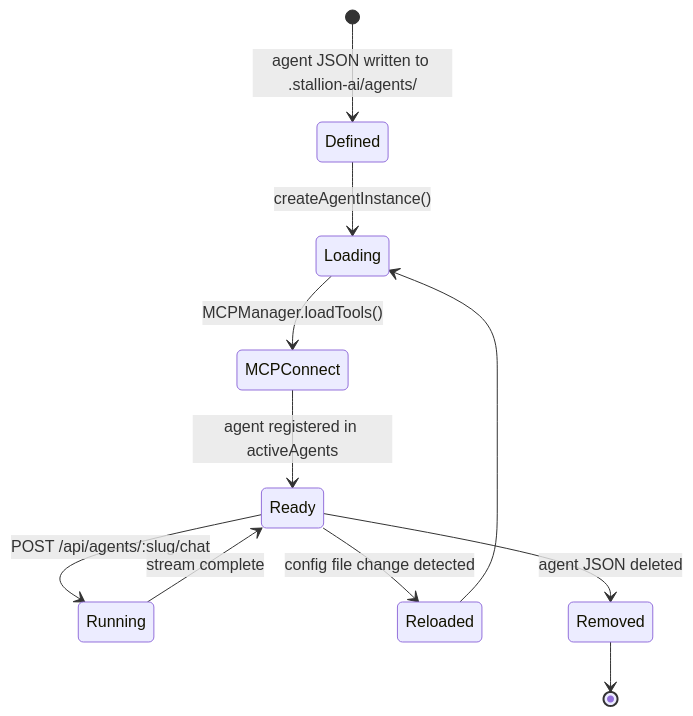
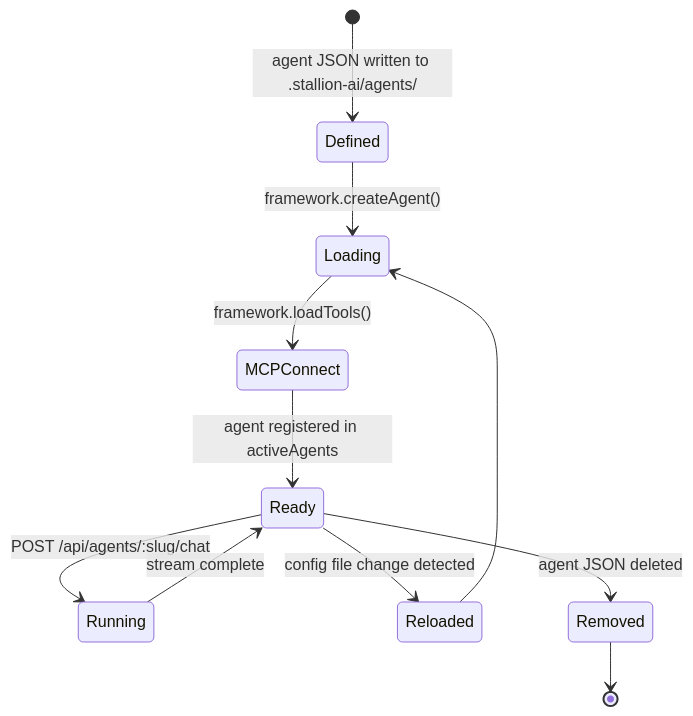
Before and after one commit to briananderson1222/work-agent: the fourth of 5 diagrams in docs/architecture.md, drawn with Mermaid. The commit also changed other lines of this file and 23 other files, not shown here.

Commit message:
docs: update architecture, guides, and API reference

````diff
--- a/docs/architecture.md
+++ b/docs/architecture.md
@@ -207,13 +207,13 @@
 ```mermaid
 stateDiagram-v2
     [*] --> Defined: agent JSON written to .stallion-ai/agents/
-    Defined --> Loading: createAgentInstance()
-    Loading --> MCPConnect: MCPManager.loadTools()
+    Defined --> Loading: framework.createAgent()
+    Loading --> MCPConnect: framework.loadTools()
     MCPConnect --> Ready: agent registered in activeAgents
     Ready --> Running: POST /api/agents/:slug/chat
     Running --> Ready: stream complete
     Ready --> Reloaded: config file change detected
     Reloaded --> Loading
     Ready --> Removed: agent JSON deleted
     Removed --> [*]
 ```
````
